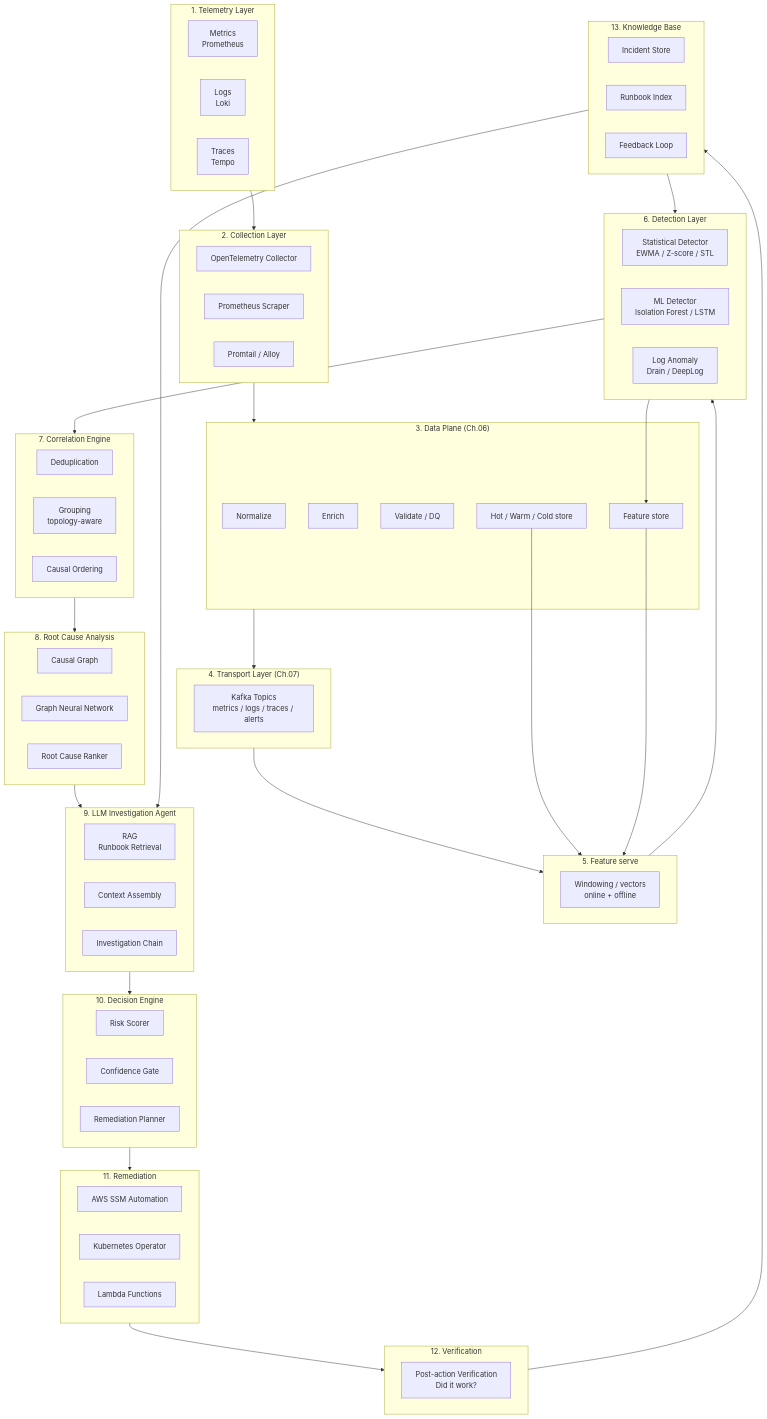
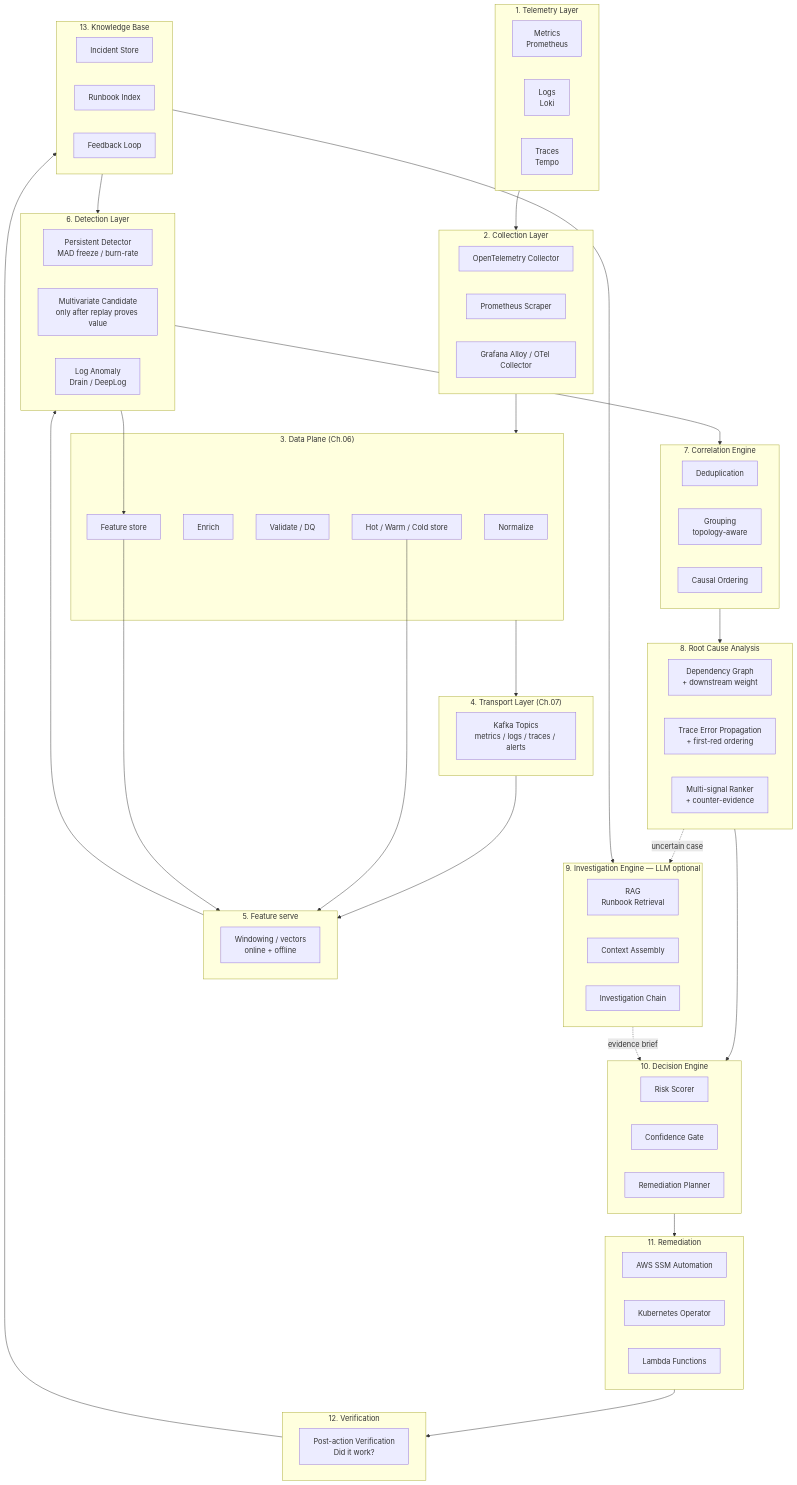
Before and after one commit to XUanhoa04/aiops-engineering-handbook: the eighth of 10 diagrams in docs/vi/00-introduction.vi.md, drawn with Mermaid. The commit also changed other lines of this file and 52 other files, not shown here.

Commit message:
docs: modernize and reproduce architecture diagrams

```diff
--- a/docs/vi/00-introduction.vi.md
+++ b/docs/vi/00-introduction.vi.md
@@ -945,7 +950,7 @@
     subgraph Collection["2. Collection Layer"]
         OTC[OpenTelemetry Collector]
         PROM[Prometheus Scraper]
-        PROMTAIL[Promtail / Alloy]
+        ALLOY[Grafana Alloy / OTel Collector]
     end
 
     subgraph DataPlane["3. Data Plane (Ch.06)"]
@@ -965,8 +970,8 @@
     end
 
     subgraph Detection["6. Detection Layer"]
-        STAT[Statistical Detector\nEWMA / Z-score / STL]
-        ML[ML Detector\nIsolation Forest / LSTM]
+        STAT[Persistent Detector\nMAD freeze / burn-rate]
+        ML[Multivariate Candidate\nonly after replay proves value]
         LOG[Log Anomaly\nDrain / DeepLog]
     end
 
@@ -977,12 +982,12 @@
     end
 
     subgraph RCA["8. Root Cause Analysis"]
-        CG[Causal Graph]
-        GNN[Graph Neural Network]
-        RANK[Root Cause Ranker]
+        CG[Dependency Graph\n+ downstream weight]
+        GNN[Trace Error Propagation\n+ first-red ordering]
+        RANK[Multi-signal Ranker\n+ counter-evidence]
     end
 
-    subgraph LLM["9. LLM Investigation Agent"]
+    subgraph LLM["9. Investigation Engine — LLM optional"]
         RAG[RAG\nRunbook Retrieval]
         CTX[Context Assembly]
         INV[Investigation Chain]
@@ -1019,8 +1024,9 @@
     Feature --> Detection
     Detection --> Correlation
     Correlation --> RCA
-    RCA --> LLM
-    LLM --> Decision
+    RCA --> Decision
+    RCA -.->|uncertain case| LLM
+    LLM -.->|evidence brief| Decision
     Decision --> Remediation
     Remediation --> Verification
     Verification --> KB
```
